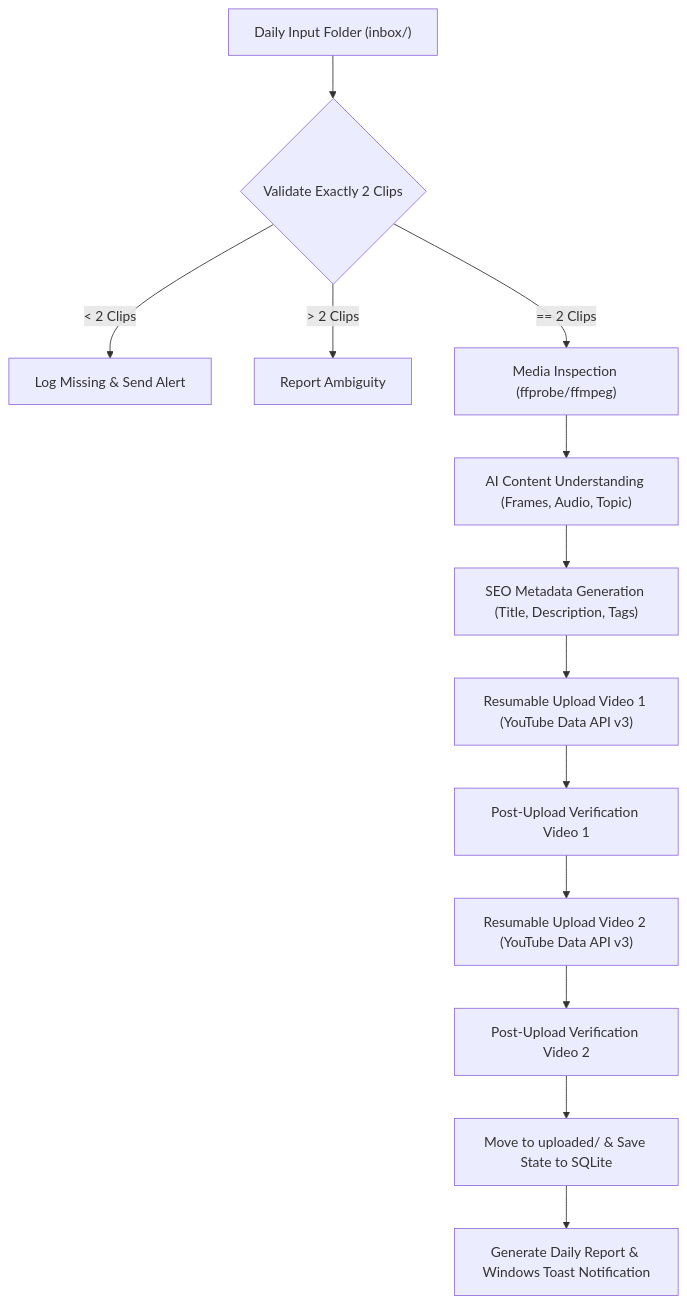
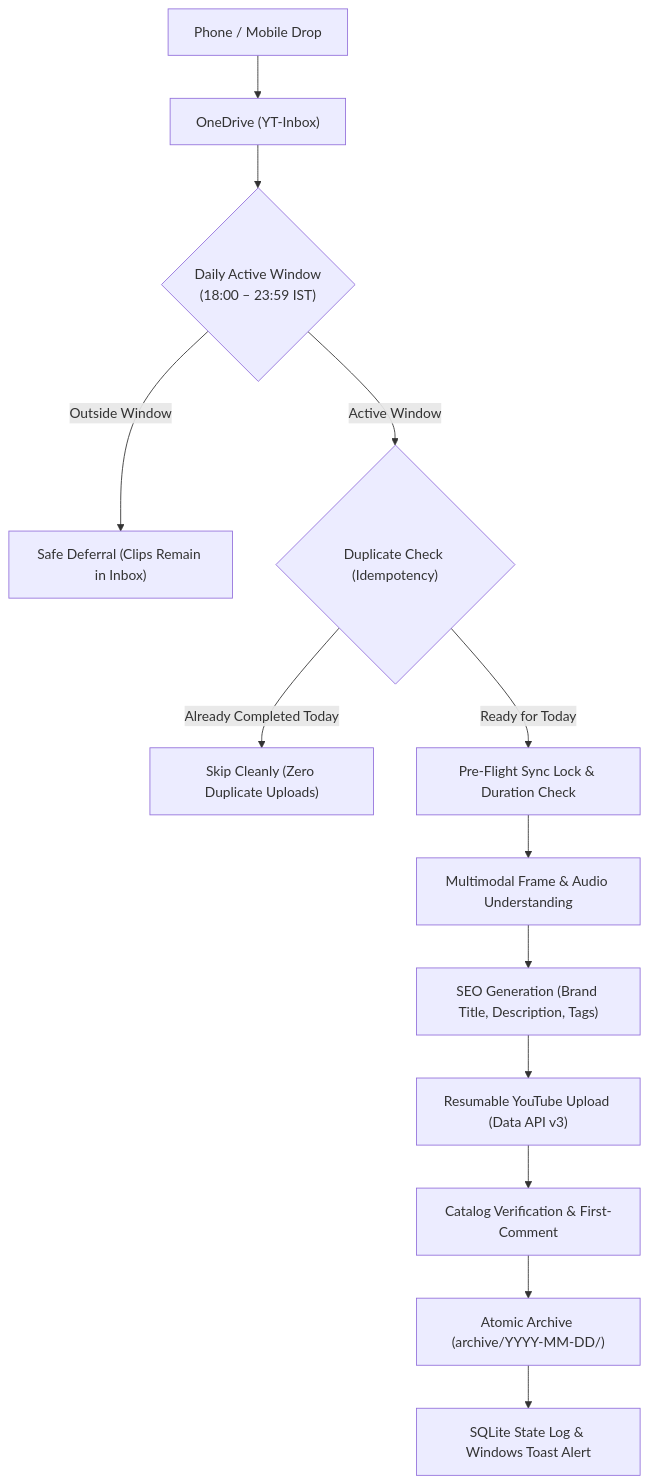
The diagram in README.md (Unstocks/YT-Manager-Automation-System-), drawn with Mermaid before and after one commit. The commit also changed other lines of this file and 3 other files, not shown here.

````diff
--- a/README.md
+++ b/README.md
@@ -21,15 +20,15 @@
 ```mermaid
 flowchart TD
-    A["Daily Input Folder (inbox/)"] --> B{"Validate Exactly 2 Clips"}
-    B -- "< 2 Clips" --> C["Log Missing & Send Alert"]
-    B -- "> 2 Clips" --> D["Report Ambiguity"]
-    B -- "== 2 Clips" --> E["Media Inspection (ffprobe/ffmpeg)"]
-    E --> F["AI Content Understanding (Frames, Audio, Topic)"]
-    F --> G["SEO Metadata Generation (Title, Description, Tags)"]
-    G --> H["Resumable Upload Video 1 (YouTube Data API v3)"]
-    H --> I["Post-Upload Verification Video 1"]
-    I --> J["Resumable Upload Video 2 (YouTube Data API v3)"]
-    J --> K["Post-Upload Verification Video 2"]
-    K --> L["Move to uploaded/ & Save State to SQLite"]
-    L --> M["Generate Daily Report & Windows Toast Notification"]
+    A["Phone / Mobile Drop"] --> B["OneDrive (YT-Inbox)"]
+    B --> C{"Daily Active Window<br/>(18:00 – 23:59 IST)"}
+    C -- "Outside Window" --> D["Safe Deferral (Clips Remain in Inbox)"]
+    C -- "Active Window" --> E{"Duplicate Check (Idempotency)"}
+    E -- "Already Completed Today" --> F["Skip Cleanly (Zero Duplicate Uploads)"]
+    E -- "Ready for Today" --> G["Pre-Flight Sync Lock & Duration Check"]
+    G --> H["Multimodal Frame & Audio Understanding"]
+    H --> I["SEO Generation (Brand Title, Description, Tags)"]
+    I --> J["Resumable YouTube Upload (Data API v3)"]
+    J --> K["Catalog Verification & First-Comment"]
+    K --> L["Atomic Archive (archive/YYYY-MM-DD/)"]
+    L --> M["SQLite State Log & Windows Toast Alert"]
 ```
````
